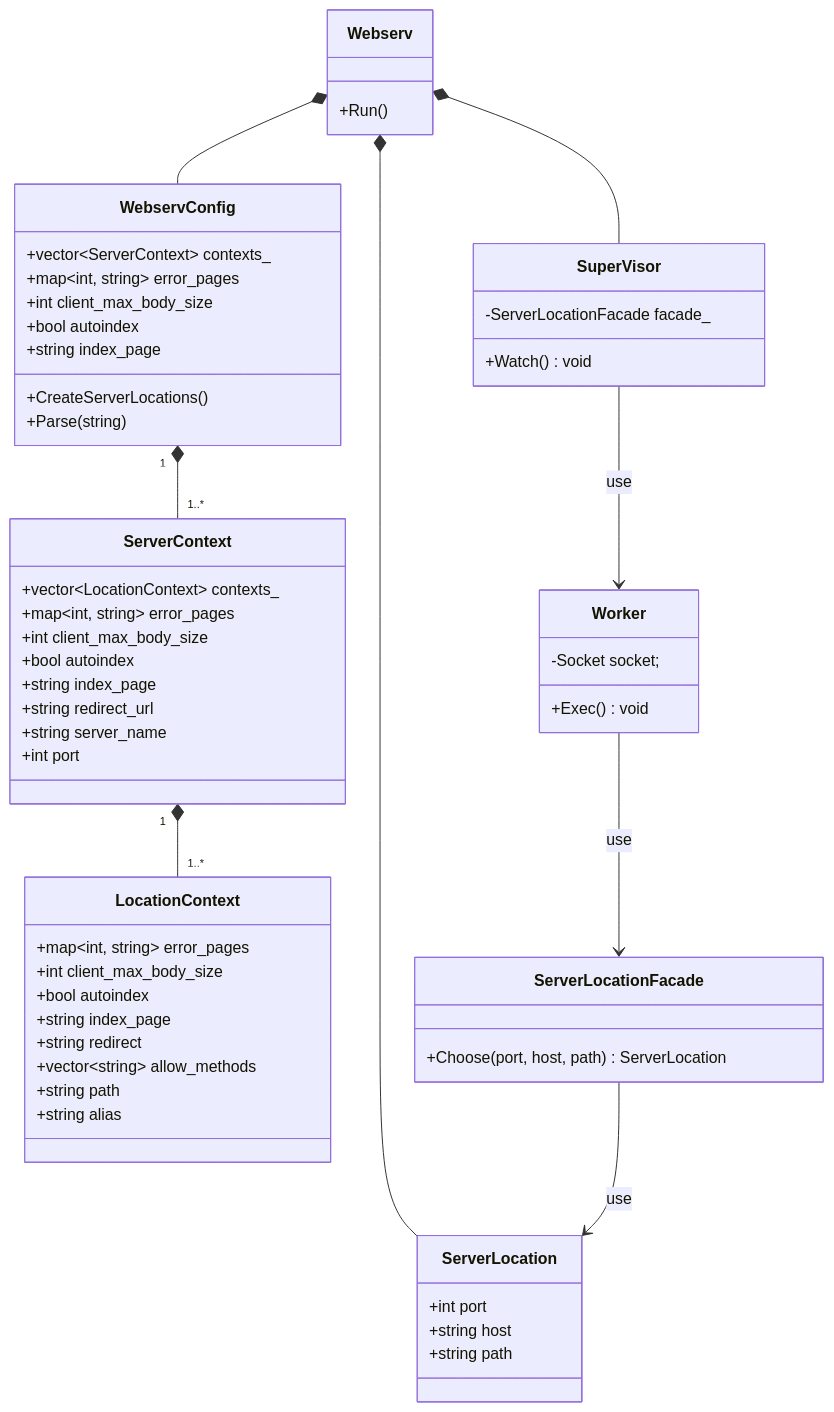
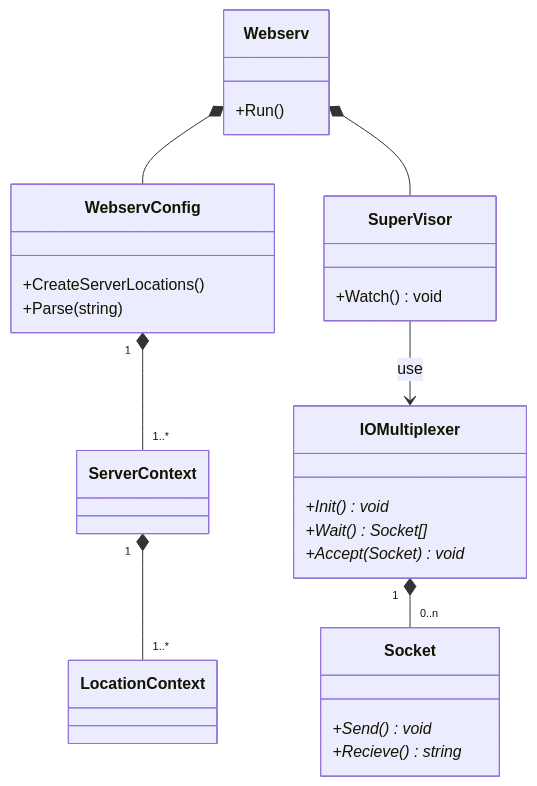
The diagram in docs/class/all.md (katataku/webserv), drawn with Mermaid before and after one commit. The commit also changed other lines of this file and 2 other files, not shown here.

````diff
--- a/docs/class/all.md
+++ b/docs/class/all.md
@@ -1,73 +3,45 @@
 ```mermaid
 classDiagram
     Webserv *-- WebservConfig
     WebservConfig "1" *-- "1..*" ServerContext
     ServerContext "1" *-- "1..*" LocationContext
 
     Webserv *-- SuperVisor
-    Webserv *-- ServerLocation
-    SuperVisor --> Worker : use
-    Worker --> ServerLocationFacade : use
-    ServerLocationFacade --> ServerLocation: use
+
+    IOMultiplexer "1" *-- "0..n" Socket
+    SuperVisor --> IOMultiplexer: use
 
     class WebservConfig {
-        +vector~ServerContext~ contexts_
-        +map~int, string~ error_pages
-        +int client_max_body_size
-        +bool autoindex
-        +string index_page
         +CreateServerLocations()
         +Parse(string)
     }
 
+    %% TODO: listenディレクトリは複数指定できるかを確認 %%
+    %% TODO: redirectの持ち方を検討 %%
     class ServerContext {
-        +vector~LocationContext~ contexts_
-        +map~int, string~ error_pages
-        +int client_max_body_size
-        +bool autoindex
-        +string index_page
-        +string redirect_url
-        +string server_name
-        +int port
     }
 
     class LocationContext {
-        +map~int, string~ error_pages
-        +int client_max_body_size
-        +bool autoindex
-        +string index_page
-        +string redirect
-        +vector~string~ allow_methods
-        +string path
-        +string alias
     }
 
     class Webserv {
         +Run()
     }
 
     %% IO多重化とソケットクラスを生成してWorkerに処理を依頼するまでを担当する%%
     class SuperVisor {
-        -ServerLocationFacade facade_
         +Watch() void
     }
 
-    %% Socketを元に具体的な処理を担当する。 %%
-    %% Requestを受け付けてResponseの返却をする %%
-    class Worker {
-        -Socket socket;
-        +Exec() void
-    }
+  class Socket {
+    +Send()* void
+    +Recieve()* string
+  }
 
-    %% どのServerLocationを使用するかを決定する責務 %%
-    class ServerLocationFacade {
-        +Choose(port, host, path) ServerLocation
-    }
+  class IOMultiplexer {
+    +Init()* void
+    +Wait()* Socket[]
+    +Accept(Socket)* void
+  }
 
-    %% configを元に各locationごとの設定 %%
-    class ServerLocation {
-        +int port
-        +string host
-        +string path
-    }
 ```
````
